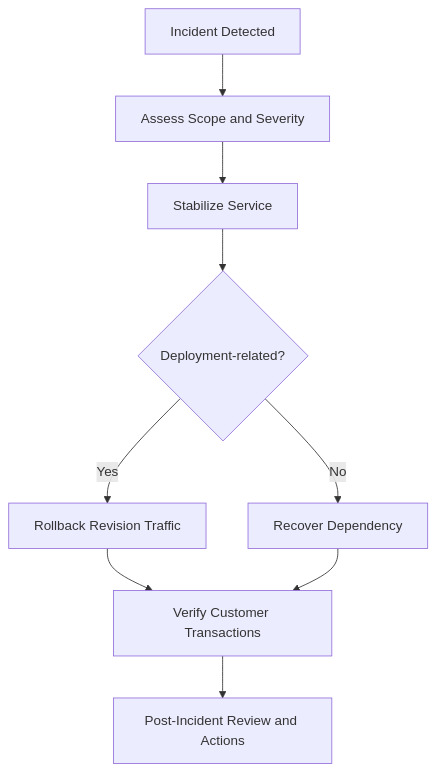
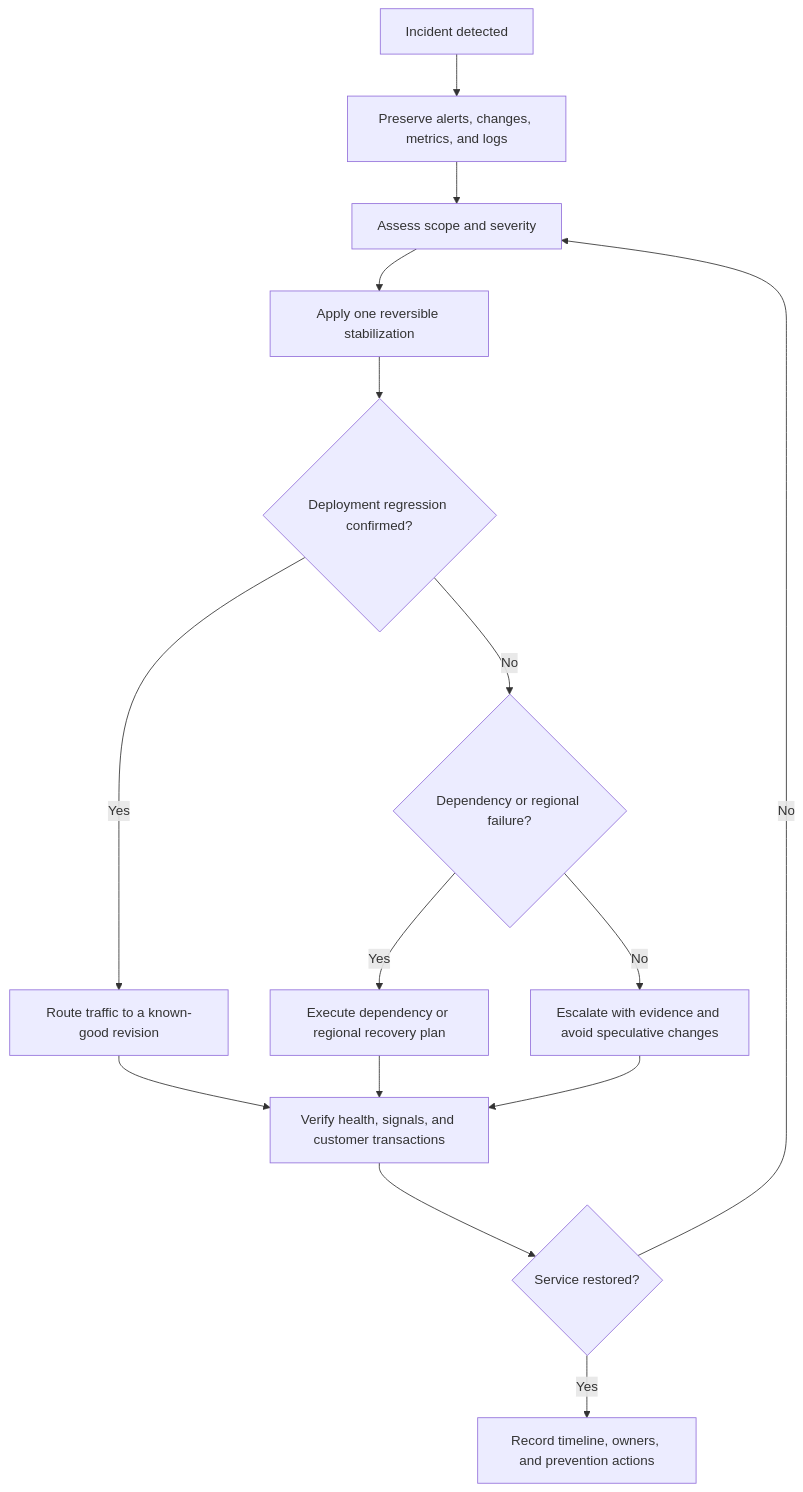
The diagram in docs/operations/recovery/index.md (yeongseon/azure-container-apps-practical-guide), drawn with Mermaid before and after one commit. The commit also changed other lines of this file and 13 other files, not shown here.

First line of the commit message:
docs(diagrams): migrate the Container Apps operations diagrams (#614)

````diff
--- a/docs/operations/recovery/index.md
+++ b/docs/operations/recovery/index.md
@@ -111,11 +133,30 @@
 ```mermaid
 flowchart TD
-    A[Incident Detected] --> B[Assess Scope and Severity]
-    B --> C[Stabilize Service]
-    C --> D{Deployment-related?}
-    D -->|Yes| E[Rollback Revision Traffic]
-    D -->|No| F[Recover Dependency]
-    E --> G[Verify Customer Transactions]
-    F --> G
-    G --> H[Post-Incident Review and Actions]
+    DETECT[Incident detected]
+    EVIDENCE[Preserve alerts, changes, metrics, and logs]
+    SCOPE[Assess scope and severity]
+    STABILIZE[Apply one reversible stabilization]
+    CAUSE{Deployment regression confirmed?}
+    ROLLBACK[Route traffic to a known-good revision]
+    DEPENDENCY{Dependency or regional failure?}
+    RECOVER[Execute dependency or regional recovery plan]
+    ESCALATE[Escalate with evidence and avoid speculative changes]
+    VERIFY[Verify health, signals, and customer transactions]
+    RESTORED{Service restored?}
+    REVIEW[Record timeline, owners, and prevention actions]
+
+    DETECT --> EVIDENCE
+    EVIDENCE --> SCOPE
+    SCOPE --> STABILIZE
+    STABILIZE --> CAUSE
+    CAUSE -->|Yes| ROLLBACK
+    CAUSE -->|No| DEPENDENCY
+    DEPENDENCY -->|Yes| RECOVER
+    DEPENDENCY -->|No| ESCALATE
+    ROLLBACK --> VERIFY
+    RECOVER --> VERIFY
+    ESCALATE --> VERIFY
+    VERIFY --> RESTORED
+    RESTORED -->|No| SCOPE
+    RESTORED -->|Yes| REVIEW
 ```
````
